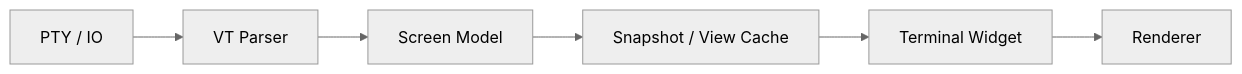
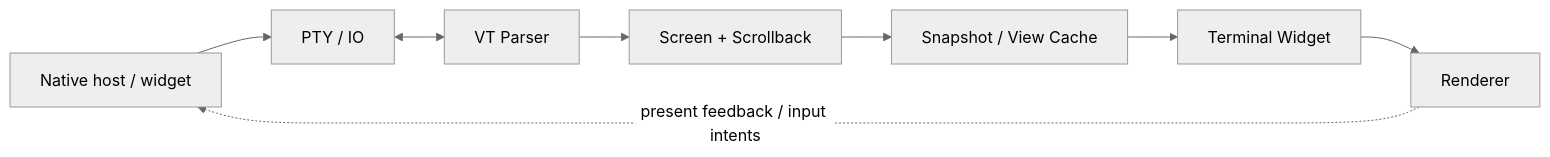
The first of 3 diagrams in app_architecture/terminal/DESIGN.md (LaurenceGuws/Zide), drawn with Mermaid (neutral theme) before and after one commit. The commit also changed other lines of this file and 2 other files, not shown here.

````diff
--- a/app_architecture/terminal/DESIGN.md
+++ b/app_architecture/terminal/DESIGN.md
@@ -43,8 +45,10 @@
 ```mermaid
 flowchart LR
-    PTY[PTY / IO] --> Parser[VT Parser]
-    Parser --> Screen[Screen Model]
+    Host["Native host / widget"] --> PTY[PTY / IO]
+    PTY <--> Parser[VT Parser]
+    Parser --> Screen[Screen + Scrollback]
     Screen --> Snapshot[Snapshot / View Cache]
     Snapshot --> Widget[Terminal Widget]
     Widget --> Renderer[Renderer]
+    Renderer -. present feedback / input intents .-> Host
 ```
````
